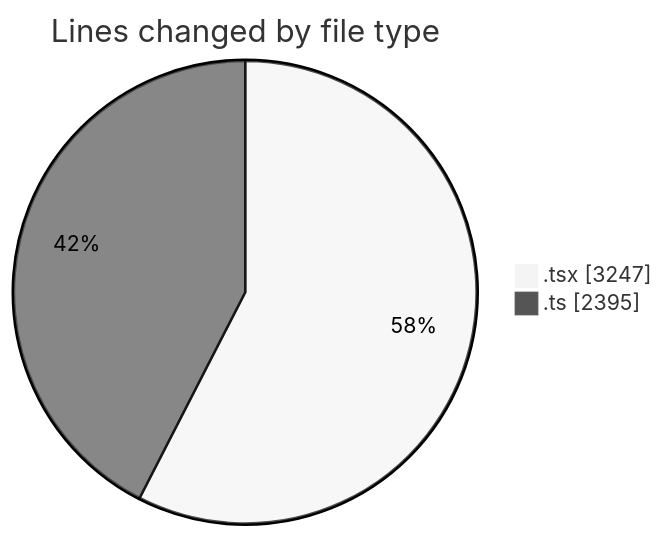
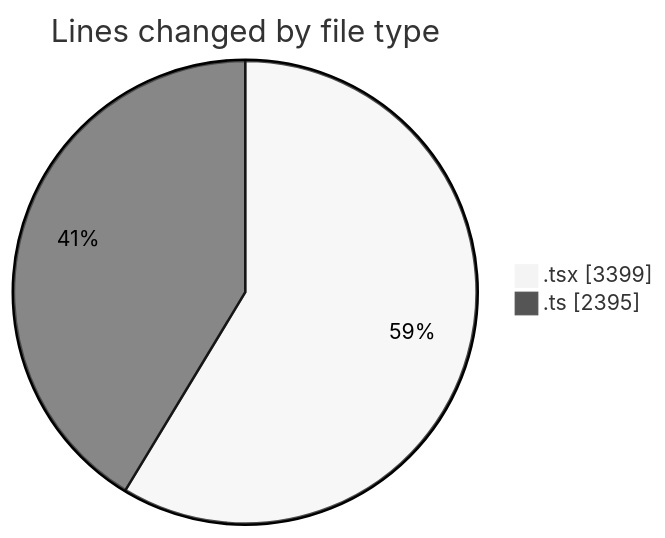
One commit to nxtqubesakshisongat/code-tracking changed the first of 2 diagrams in 2026-02-20/nxtqube_webapp/README.md. Above: the diagram before and after it, drawn with Mermaid (neutral theme). The commit also changed other lines of this file and 1 other file, not shown here.

````diff
--- a/2026-02-20/nxtqube_webapp/README.md
+++ b/2026-02-20/nxtqube_webapp/README.md
@@ -32,6 +32,6 @@
 ```mermaid
 pie showData
 title Lines changed by file type
-".tsx" : 3247
+".tsx" : 3399
 ".ts" : 2395
 ```
````
